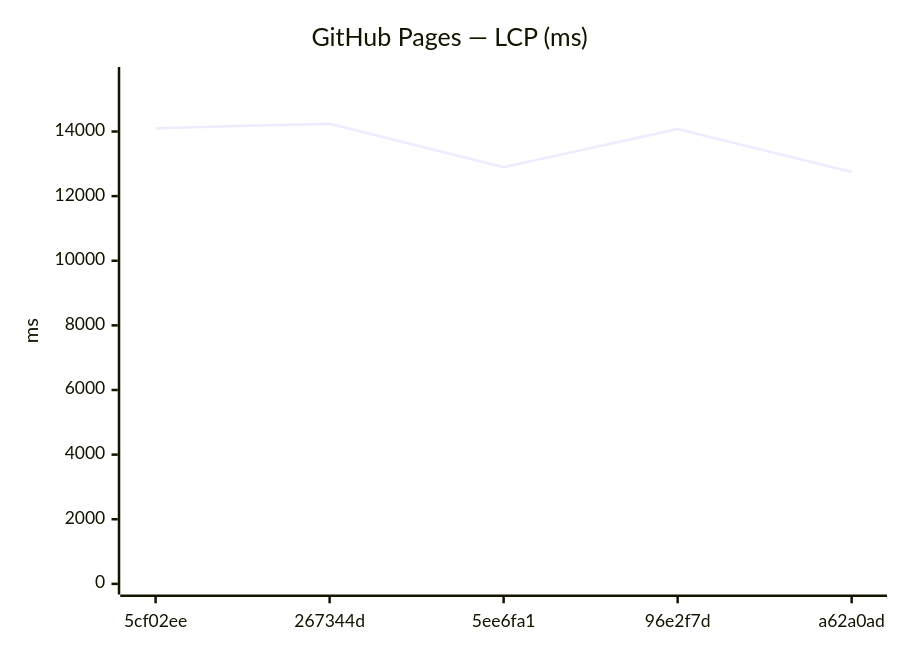
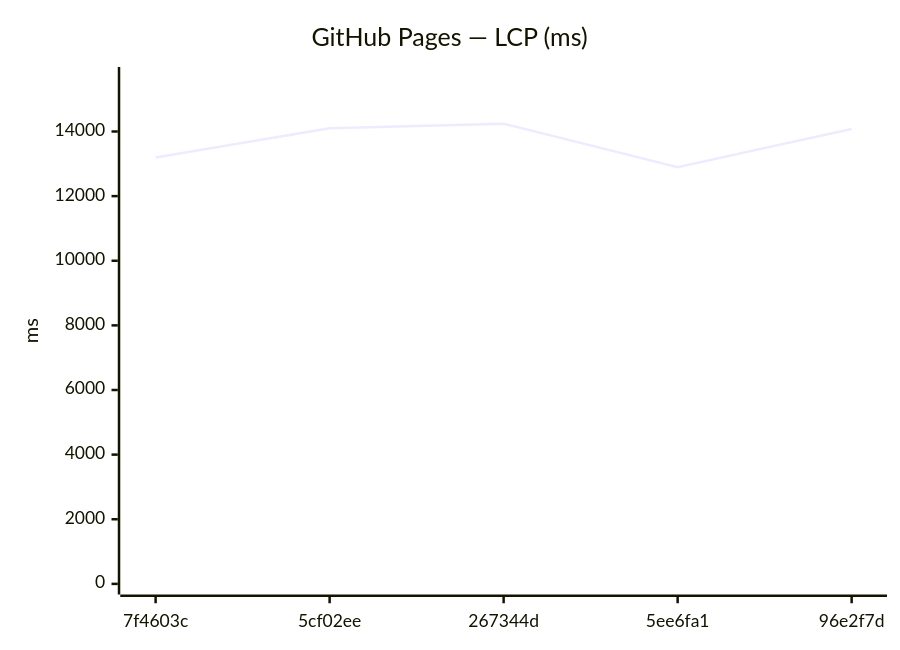
Before and after one commit to Metaheurist/Rianell: the ninth of 18 diagrams in benchmarks/compare.md, drawn with Mermaid. The commit also changed other lines of this file and 11 other files, not shown here.

````diff
--- a/benchmarks/compare.md
+++ b/benchmarks/compare.md
@@ -142,7 +142,7 @@
 ```mermaid
 xychart-beta
     title "GitHub Pages — LCP (ms)"
-    x-axis ["5cf02ee", "267344d", "5ee6fa1", "96e2f7d", "a62a0ad"]
+    x-axis ["7f4603c", "5cf02ee", "267344d", "5ee6fa1", "96e2f7d"]
     y-axis "ms" 0 --> 15667
-    line [14098, 14242, 12895, 14078, 12749]
+    line [13197, 14098, 14242, 12895, 14078]
 ```
````
